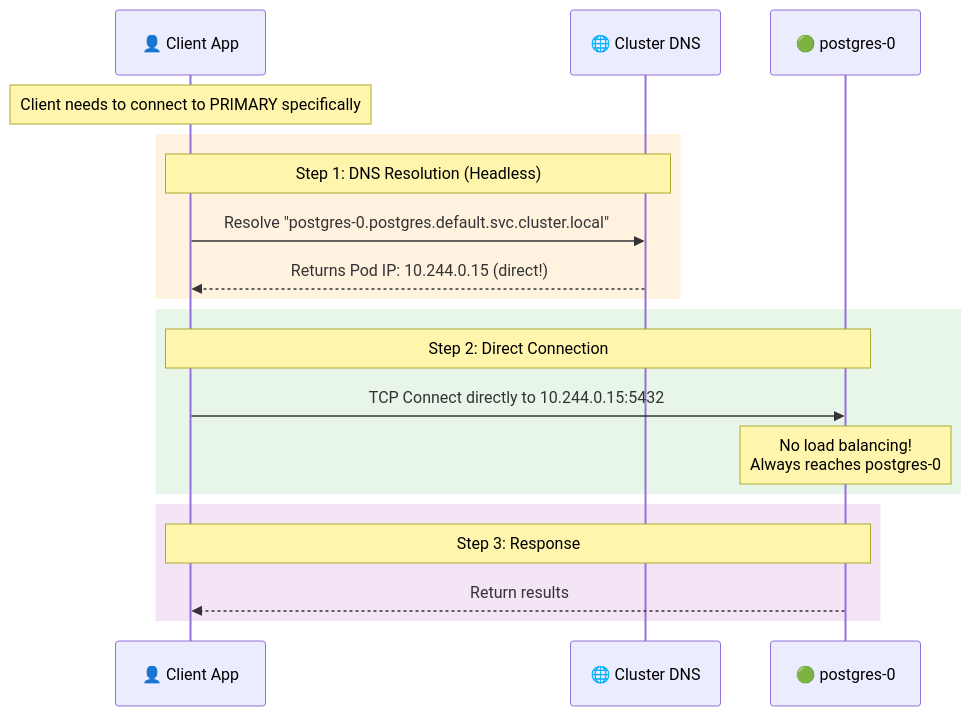
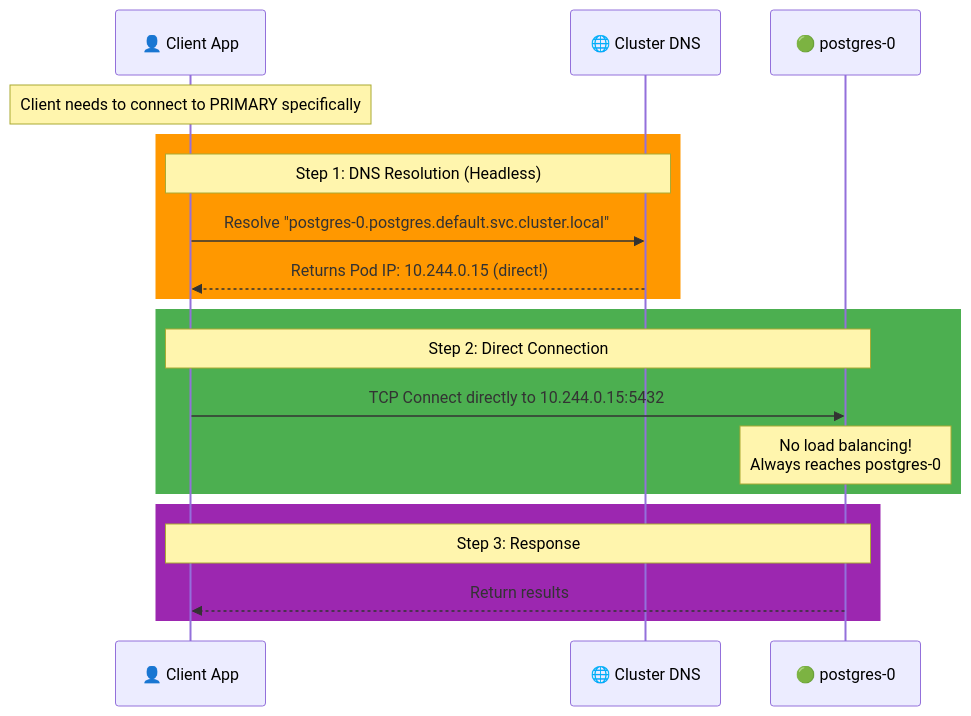
One commit to selvakumarperumal/k8s_minikube_learn changed diagram 16 of 17 in Workload_and_Application_Management/statefulset-postgresql-explained.md. Above: the diagram before and after it, drawn with Mermaid. The commit also changed other lines of this file, not shown here.

Commit message:
Change diagram backgrounds to darker colors for better visibility in dark mode

````diff
--- a/Workload_and_Application_Management/statefulset-postgresql-explained.md
+++ b/Workload_and_Application_Management/statefulset-postgresql-explained.md
@@ -567,25 +567,25 @@
 ```mermaid
 sequenceDiagram
     participant Client as 👤 Client App
     participant DNS as 🌐 Cluster DNS
     participant POD0 as 🟢 postgres-0
 
     Note over Client: Client needs to connect to PRIMARY specifically
     
-    rect rgb(255, 243, 224)
+    rect rgb(255, 152, 0)
         Note over Client,DNS: Step 1: DNS Resolution (Headless)
         Client->>DNS: Resolve "postgres-0.postgres.default.svc.cluster.local"
         DNS-->>Client: Returns Pod IP: 10.244.0.15 (direct!)
     end
     
-    rect rgb(232, 245, 233)
+    rect rgb(76, 175, 80)
         Note over Client,POD0: Step 2: Direct Connection
         Client->>POD0: TCP Connect directly to 10.244.0.15:5432
         Note over POD0: No load balancing!<br/>Always reaches postgres-0
     end
     
-    rect rgb(243, 229, 245)
+    rect rgb(156, 39, 176)
         Note over POD0,Client: Step 3: Response
         POD0-->>Client: Return results
     end
 ```
````
